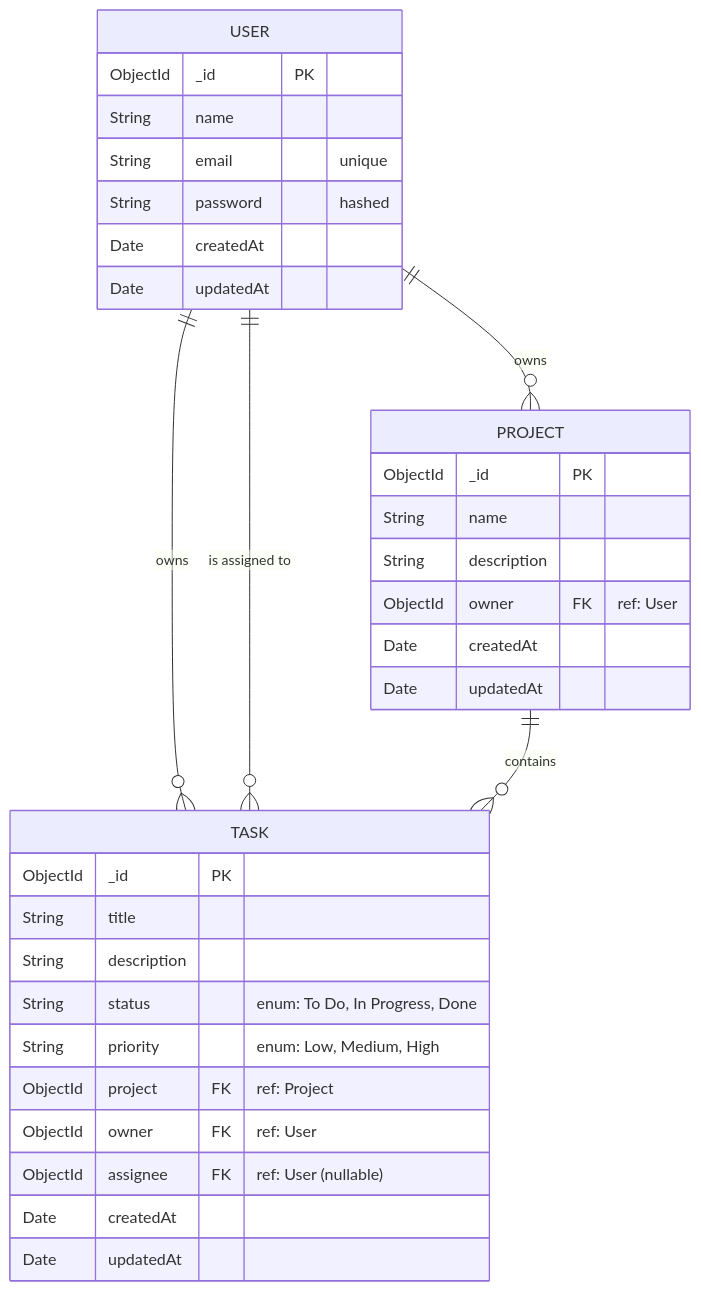
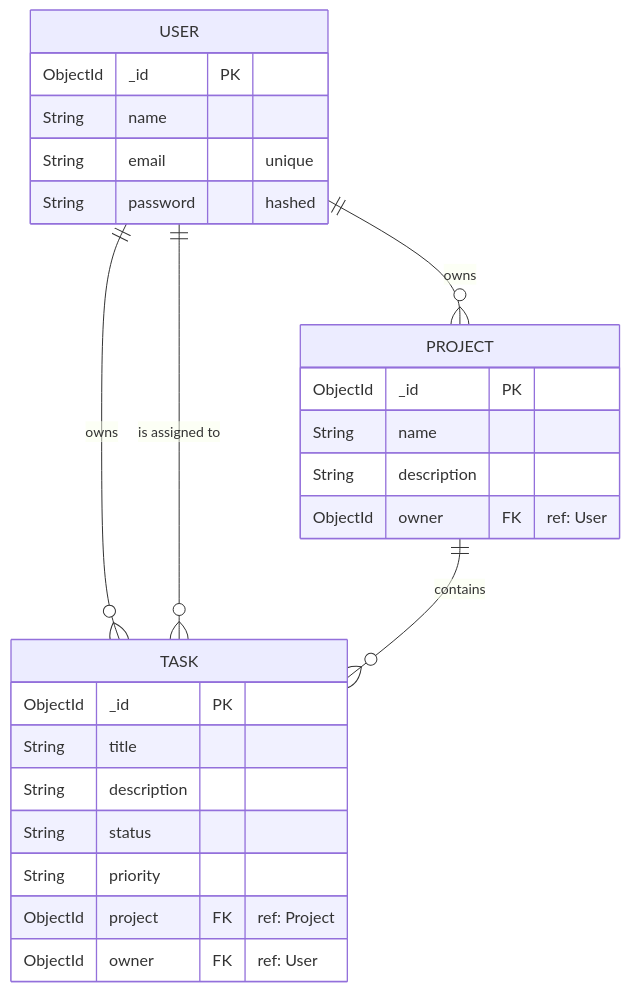
Before and after one commit to UnknownArk/MERN-Agile-Tracker: the diagram in README.md, drawn with Mermaid. The commit also changed other lines of this file, not shown here.

````diff
--- a/README.md
+++ b/README.md
@@ -43,38 +24,31 @@
 ```mermaid
 erDiagram
     USER ||--o{ PROJECT : owns
     USER ||--o{ TASK : owns
     USER ||--o{ TASK : "is assigned to"
     PROJECT ||--o{ TASK : contains
 
     USER {
         ObjectId _id PK
         String name
         String email "unique"
         String password "hashed"
-        Date createdAt
-        Date updatedAt
     }
 
     PROJECT {
         ObjectId _id PK
         String name
         String description
         ObjectId owner FK "ref: User"
-        Date createdAt
-        Date updatedAt
     }
 
     TASK {
         ObjectId _id PK
         String title
         String description
-        String status "enum: To Do, In Progress, Done"
-        String priority "enum: Low, Medium, High"
+        String status
+        String priority
         ObjectId project FK "ref: Project"
         ObjectId owner FK "ref: User"
-        ObjectId assignee FK "ref: User (nullable)"
-        Date createdAt
-        Date updatedAt
     }
 ```
````
